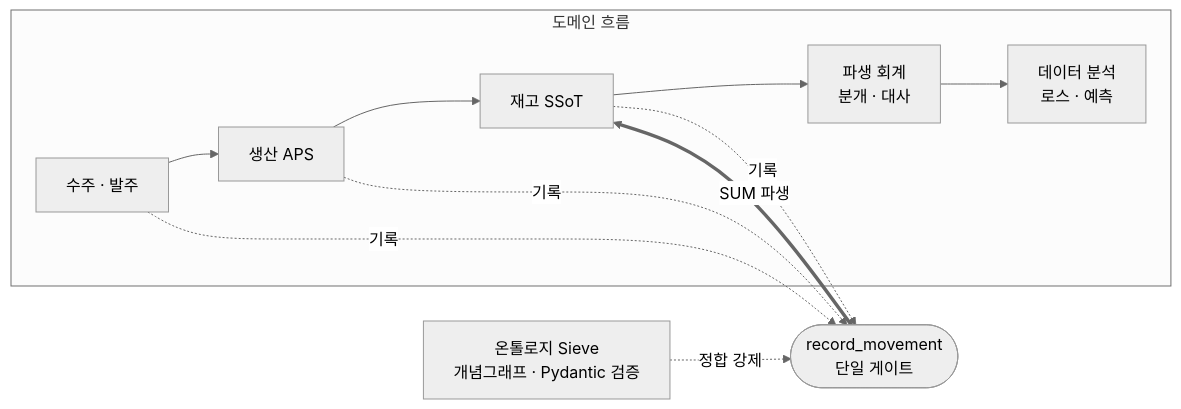
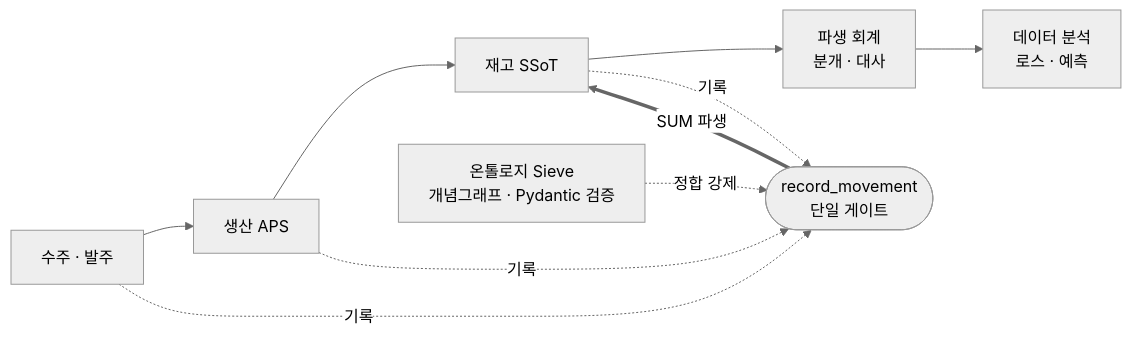
Before and after one commit to moongioh/manufacturing-ax-portfolio: the diagram in README.md, drawn with Mermaid (neutral theme). The commit also changed other lines of this file, not shown here.

````diff
--- a/README.md
+++ b/README.md
@@ -117,14 +54,9 @@
 ```mermaid
 flowchart LR
-    subgraph 도메인 흐름
-        A[수주 · 발주] --> B[생산 APS]
-        B --> C[재고 SSoT]
-        C --> D[파생 회계<br/>분개 · 대사]
-        D --> E[데이터 분석<br/>로스 · 예측]
-    end
+    A[수주 · 발주] --> B[생산 APS] --> C[재고 SSoT] --> D[파생 회계<br/>분개 · 대사] --> E[데이터 분석<br/>로스 · 예측]
     A -.기록.-> G([record_movement<br/>단일 게이트])
     B -.기록.-> G
     C -.기록.-> G
     G ==>|SUM 파생| C
     O[온톨로지 Sieve<br/>개념그래프 · Pydantic 검증] -.정합 강제.-> G
 ```
````
